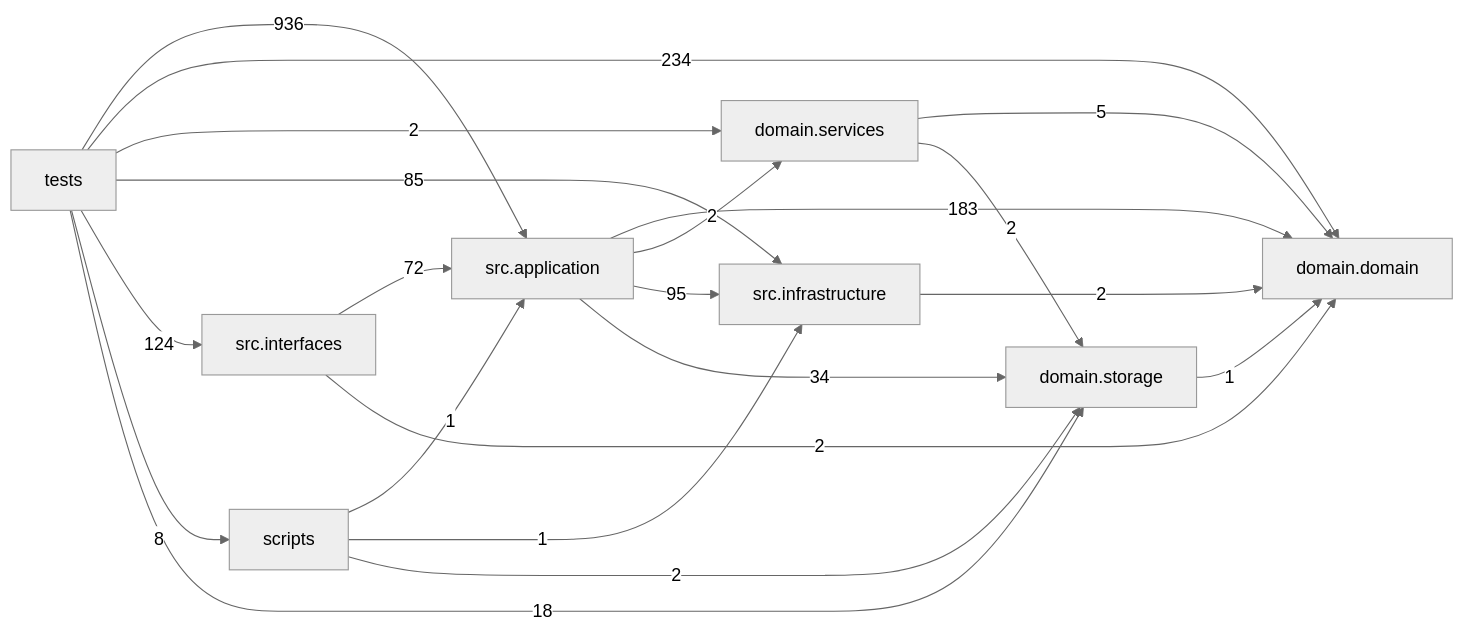
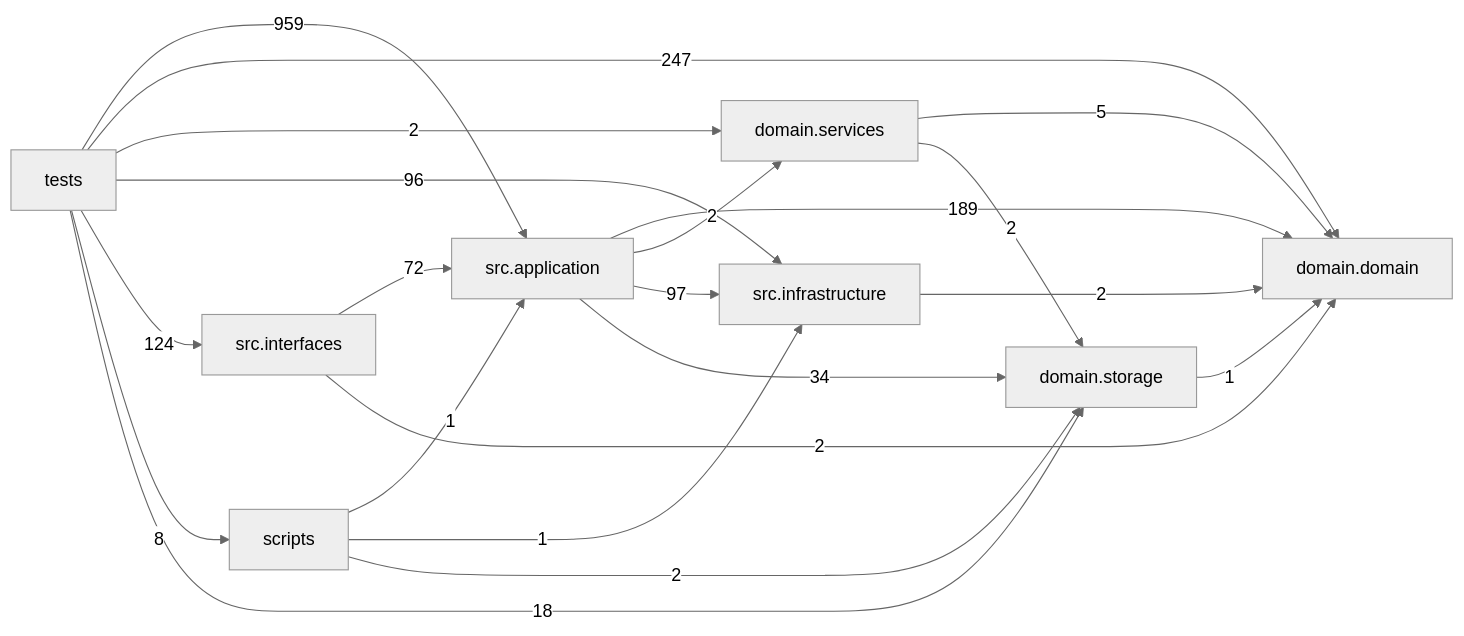
One commit to liuxie066/options-monitor changed the diagram in docs/DEPENDENCY_GRAPH.md. Above: the diagram before and after it, drawn with Mermaid (neutral theme). The commit also changed other lines of this file and 36 other files, not shown here.

````diff
--- a/docs/DEPENDENCY_GRAPH.md
+++ b/docs/DEPENDENCY_GRAPH.md
@@ -24,31 +24,31 @@
 ```mermaid
 flowchart LR
   tests["tests"]
   scripts["scripts"]
   interfaces["src.interfaces"]
   application["src.application"]
   infrastructure["src.infrastructure"]
   domain_services["domain.services"]
   domain["domain.domain"]
   storage["domain.storage"]
-  application -->|183| domain
+  application -->|189| domain
   application -->|2| domain_services
-  application -->|95| infrastructure
+  application -->|97| infrastructure
   application -->|34| storage
   domain_services -->|5| domain
   domain_services -->|2| storage
   infrastructure -->|2| domain
   interfaces -->|72| application
   interfaces -->|2| domain
   scripts -->|1| application
   scripts -->|1| infrastructure
   scripts -->|2| storage
   storage -->|1| domain
-  tests -->|936| application
-  tests -->|234| domain
+  tests -->|959| application
+  tests -->|247| domain
   tests -->|2| domain_services
-  tests -->|85| infrastructure
+  tests -->|96| infrastructure
   tests -->|124| interfaces
   tests -->|8| scripts
   tests -->|18| storage
 ```
````
